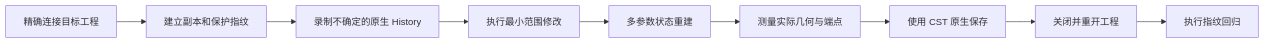
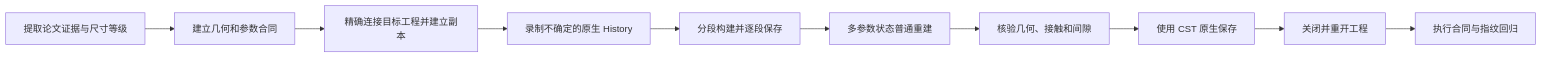
One commit to cr20085361/my_ai_skills changed the fourth of 4 diagrams in README.md. Above: the diagram before and after it, drawn with Mermaid. The commit also changed other lines of this file, not shown here.

````diff
--- a/README.md
+++ b/README.md
@@ -223,11 +227,12 @@
 ```mermaid
 flowchart LR
-    C1["精确连接目标工程"] --> C2["建立副本和保护指纹"]
+    C0["提取论文证据与尺寸等级"] --> C1["建立几何和参数合同"]
+    C1 --> C2["精确连接目标工程并建立副本"]
     C2 --> C3["录制不确定的原生 History"]
-    C3 --> C4["执行最小范围修改"]
-    C4 --> C5["多参数状态重建"]
-    C5 --> C6["测量实际几何与端点"]
+    C3 --> C4["分段构建并逐段保存"]
+    C4 --> C5["多参数状态普通重建"]
+    C5 --> C6["核验几何、接触和间隙"]
     C6 --> C7["使用 CST 原生保存"]
     C7 --> C8["关闭并重开工程"]
-    C8 --> C9["执行指纹回归"]
+    C8 --> C9["执行合同与指纹回归"]
 ```
````
